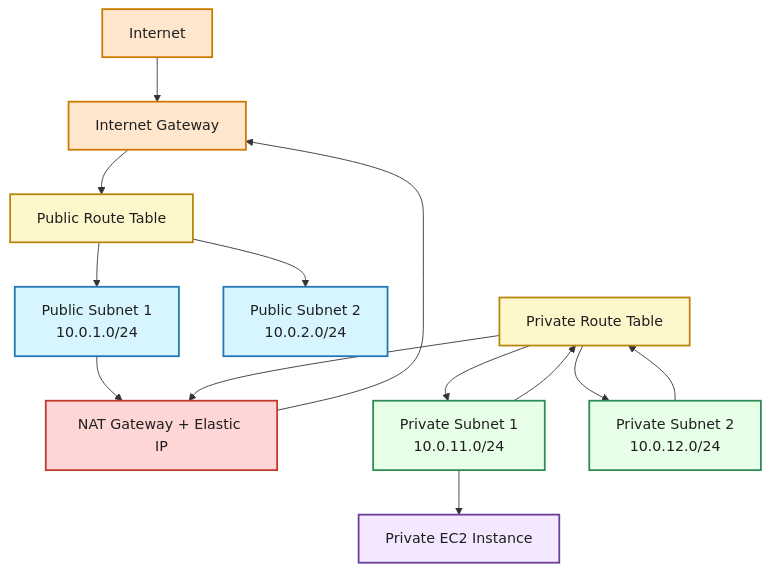
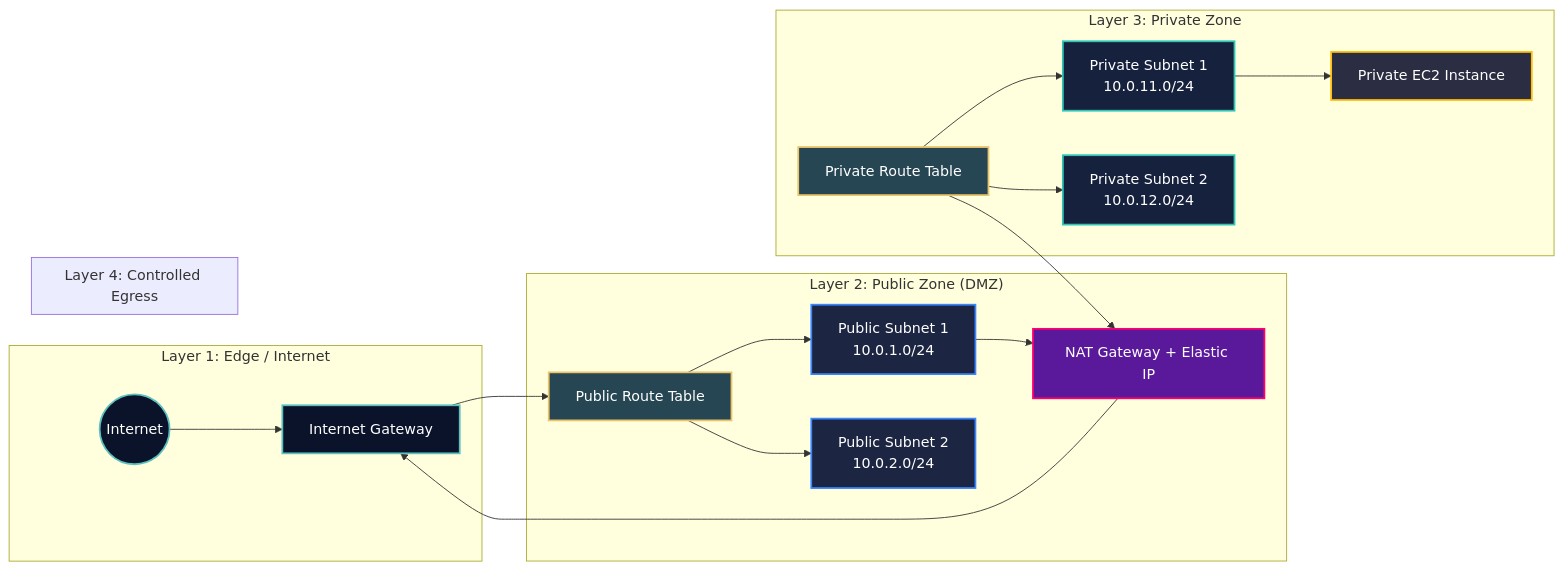
One commit to davidugba/aws-vpc-terraform changed the diagram in README.md. Above: the diagram before and after it, drawn with Mermaid.

Commit message:
add architecture diagram and finalize vpc README

````diff
--- a/README.md
+++ b/README.md
@@ -15,34 +15,53 @@
 ```mermaid
-flowchart TD
-  Internet[Internet] --> IGW[Internet Gateway]
+flowchart LR
+  %% Layer 1: Edge
+  subgraph EDGE["Layer 1: Edge / Internet"]
+    Internet((Internet))
+    IGW[Internet Gateway]
+    Internet --> IGW
+  end
 
-  IGW --> PublicRT[Public Route Table]
-  PublicRT --> Public1[Public Subnet 1<br/>10.0.1.0/24]
-  PublicRT --> Public2[Public Subnet 2<br/>10.0.2.0/24]
+  %% Layer 2: Public Zone
+  subgraph PUBLIC["Layer 2: Public Zone (DMZ)"]
+    PublicRT[Public Route Table]
+    Public1[Public Subnet 1<br/>10.0.1.0/24]
+    Public2[Public Subnet 2<br/>10.0.2.0/24]
+    NAT[NAT Gateway + Elastic IP]
+    IGW --> PublicRT
+    PublicRT --> Public1
+    PublicRT --> Public2
+    Public1 --> NAT
+  end
 
-  Public1 --> NAT[NAT Gateway + Elastic IP]
+  %% Layer 3: Private Zone
+  subgraph PRIVATE["Layer 3: Private Zone"]
+    PrivateRT[Private Route Table]
+    Private1[Private Subnet 1<br/>10.0.11.0/24]
+    Private2[Private Subnet 2<br/>10.0.12.0/24]
+    EC2[Private EC2 Instance]
+    PrivateRT --> Private1
+    PrivateRT --> Private2
+    Private1 --> EC2
+  end
 
-  PrivateRT[Private Route Table] --> Private1[Private Subnet 1<br/>10.0.11.0/24]
-  PrivateRT --> Private2[Private Subnet 2<br/>10.0.12.0/24]
+  %% Layer 4: Egress/Return Path
+  subgraph FLOW["Layer 4: Controlled Egress"]
+    PrivateRT --> NAT
+    NAT --> IGW
+  end
 
-  Private1 --> EC2[Private EC2 Instance]
-  Private1 --> PrivateRT
-  Private2 --> PrivateRT
+  classDef edge fill:#0b132b,stroke:#5bc0be,stroke-width:2px,color:#ffffff;
+  classDef public fill:#1c2541,stroke:#3a86ff,stroke-width:2px,color:#ffffff;
+  classDef private fill:#16213e,stroke:#2ec4b6,stroke-width:2px,color:#ffffff;
+  classDef compute fill:#2b2d42,stroke:#ffbe0b,stroke-width:2px,color:#ffffff;
+  classDef flow fill:#3a0ca3,stroke:#f72585,stroke-width:2px,color:#ffffff;
+  classDef route fill:#264653,stroke:#e9c46a,stroke-width:2px,color:#ffffff;
+  classDef nat fill:#5a189a,stroke:#ff006e,stroke-width:2px,color:#ffffff;
 
-  PrivateRT --> NAT
-  NAT --> IGW
-
-  classDef internet fill:#ffe6cc,stroke:#cc7a00,stroke-width:2px,color:#1f1f1f;
-  classDef public fill:#d6f5ff,stroke:#1f78b4,stroke-width:2px,color:#1f1f1f;
-  classDef private fill:#e7ffe7,stroke:#2e8b57,stroke-width:2px,color:#1f1f1f;
-  classDef compute fill:#f3e8ff,stroke:#6a3d9a,stroke-width:2px,color:#1f1f1f;
-  classDef route fill:#fff7cc,stroke:#b8860b,stroke-width:2px,color:#1f1f1f;
-  classDef nat fill:#ffd6d6,stroke:#c0392b,stroke-width:2px,color:#1f1f1f;
-
-  class Internet,IGW internet;
+  class Internet,IGW edge;
   class Public1,Public2 public;
   class Private1,Private2 private;
   class EC2 compute;
   class PublicRT,PrivateRT route;
   class NAT nat;
 ```
````
